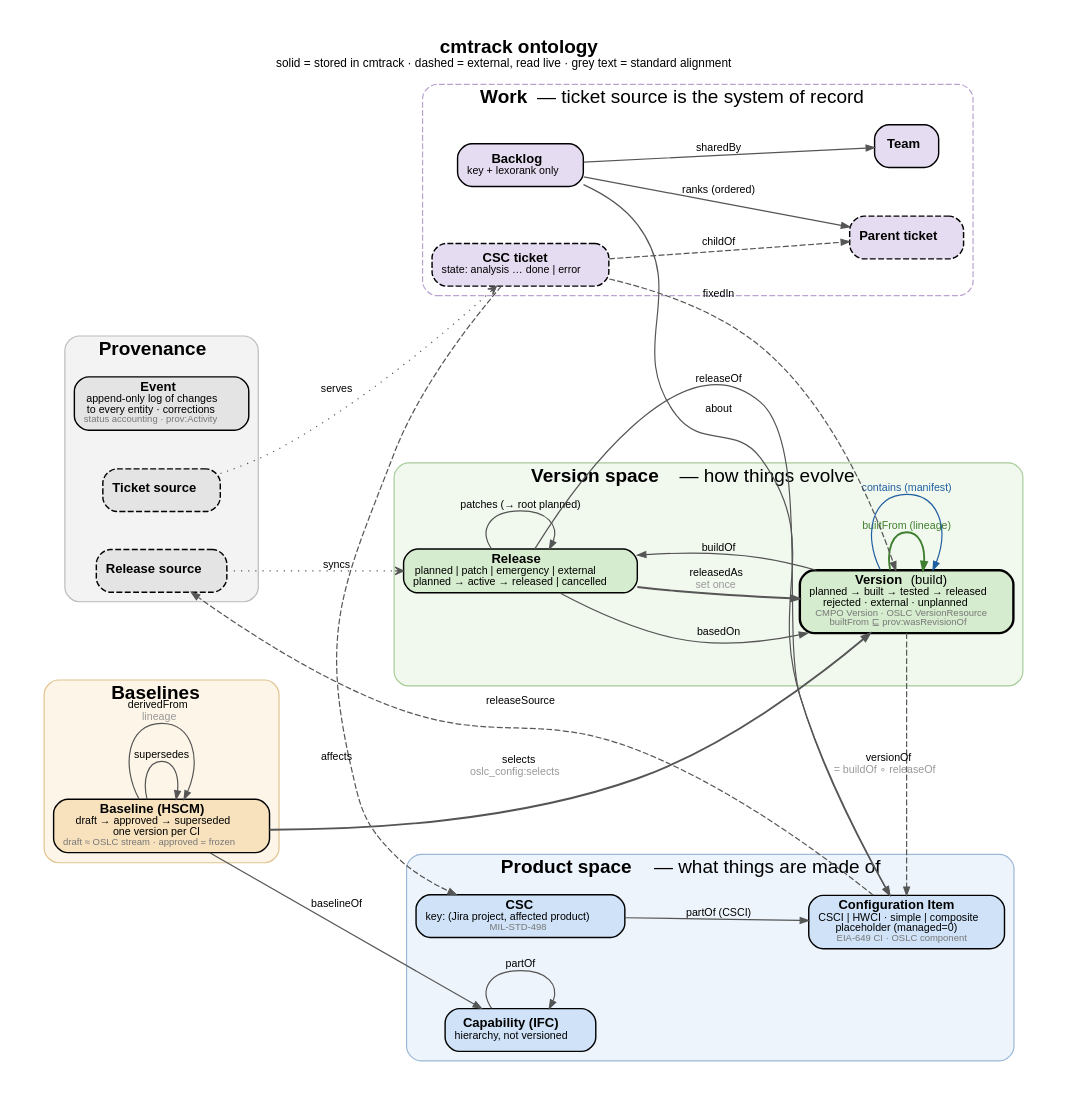
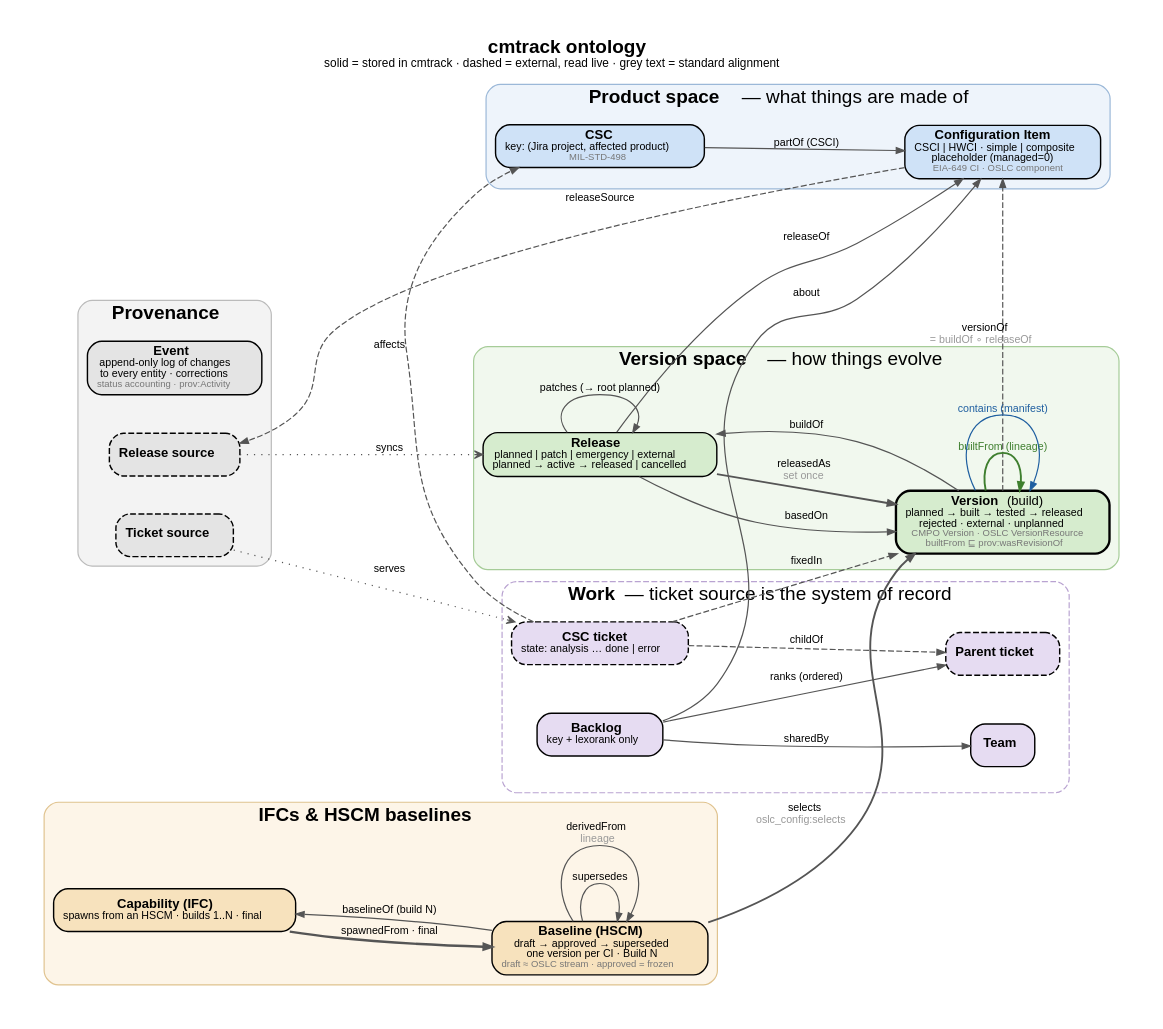
The diagram in docs/ontology.dot (fillet54/Cmstatus), drawn with Graphviz before and after one commit. The commit also changed 23 other files, not shown here.

First line of the commit message:
IFCs spawn from HSCMs; each IFC has a straight sequence of HSCM builds

```diff
--- a/docs/ontology.dot
+++ b/docs/ontology.dot
@@ -1,74 +1,74 @@
 // cmtrack ontology diagram. Render: dot -Tsvg docs/ontology.dot -o docs/ontology.svg (and -Tpng -Gdpi=150)
 digraph cmtrack {
   graph [rankdir=LR, fontname="Helvetica", fontsize=12, nodesep=0.45, ranksep=0.9, pad=0.3,
          label=<<b>cmtrack ontology</b><br/><font point-size="10">solid = stored in cmtrack · dashed = external, read live · grey text = standard alignment</font>>,
          labelloc=t, fontsize=16];
   node  [shape=box, style="rounded,filled", fontname="Helvetica", fontsize=11, penwidth=1.2];
   edge  [fontname="Helvetica", fontsize=9, color="#555555", arrowsize=0.7];
 
   subgraph cluster_product {
     label=<<b>Product space</b> — what things are made of>; style="rounded,filled"; fillcolor="#eef4fb"; color="#9bb8d8";
     CI  [label=<<b>Configuration Item</b><br/><font point-size="9">CSCI | HWCI · simple | composite<br/>placeholder (managed=0)</font><br/><font point-size="8" color="#777777">EIA-649 CI · OSLC component</font>>, fillcolor="#cfe2f7"];
     CSC [label=<<b>CSC</b><br/><font point-size="9">key: (Jira project, affected product)</font><br/><font point-size="8" color="#777777">MIL-STD-498</font>>, fillcolor="#cfe2f7"];
-    Cap [label=<<b>Capability (IFC)</b><br/><font point-size="9">hierarchy, not versioned</font>>, fillcolor="#cfe2f7"];
   }
 
   subgraph cluster_version {
     label=<<b>Version space</b> — how things evolve>; style="rounded,filled"; fillcolor="#f1f8ee"; color="#a6cc98";
     Rel [label=<<b>Release</b><br/><font point-size="9">planned | patch | emergency | external<br/>planned → active → released | cancelled</font>>, fillcolor="#d6ecce"];
     Ver [label=<<b>Version</b> (build)<br/><font point-size="9">planned → built → tested → released<br/>rejected · external · unplanned</font><br/><font point-size="8" color="#777777">CMPO Version · OSLC VersionResource<br/>builtFrom ⊑ prov:wasRevisionOf</font>>, fillcolor="#d6ecce", penwidth=2];
   }
 
   subgraph cluster_baseline {
-    label=<<b>Baselines</b>>; style="rounded,filled"; fillcolor="#fdf5e8"; color="#e0c38f";
-    Base [label=<<b>Baseline (HSCM)</b><br/><font point-size="9">draft → approved → superseded<br/>one version per CI</font><br/><font point-size="8" color="#777777">draft ≈ OSLC stream · approved = frozen</font>>, fillcolor="#f7e2bd"];
+    label=<<b>IFCs &amp; HSCM baselines</b>>; style="rounded,filled"; fillcolor="#fdf5e8"; color="#e0c38f";
+    Cap [label=<<b>Capability (IFC)</b><br/><font point-size="9">spawns from an HSCM · builds 1..N · final</font>>, fillcolor="#f7e2bd"];
+    Base [label=<<b>Baseline (HSCM)</b><br/><font point-size="9">draft → approved → superseded<br/>one version per CI · Build N</font><br/><font point-size="8" color="#777777">draft ≈ OSLC stream · approved = frozen</font>>, fillcolor="#f7e2bd"];
   }
 
   subgraph cluster_work {
     label=<<b>Work</b> — ticket source is the system of record>; style="rounded,dashed"; color="#b9a3d1"; fillcolor="#f7f3fb";
     PT  [label=<<b>Parent ticket</b>>, style="rounded,filled,dashed", fillcolor="#e6dcf2"];
     CT  [label=<<b>CSC ticket</b><br/><font point-size="9">state: analysis … done | error</font>>, style="rounded,filled,dashed", fillcolor="#e6dcf2"];
     Back [label=<<b>Backlog</b><br/><font point-size="9">key + lexorank only</font>>, fillcolor="#e6dcf2"];
     Team [label=<<b>Team</b>>, fillcolor="#e6dcf2"];
   }
 
   subgraph cluster_prov {
     label=<<b>Provenance</b>>; style="rounded,filled"; fillcolor="#f3f3f3"; color="#bbbbbb";
     Ev  [label=<<b>Event</b><br/><font point-size="9">append-only log of changes<br/>to every entity · corrections</font><br/><font point-size="8" color="#777777">status accounting · prov:Activity</font>>, fillcolor="#e4e4e4"];
     RS  [label=<<b>Release source</b>>, style="rounded,filled,dashed", fillcolor="#e4e4e4"];
     TS  [label=<<b>Ticket source</b>>, style="rounded,filled,dashed", fillcolor="#e4e4e4"];
   }
 
   // product space
   CSC -> CI  [label="partOf (CSCI)"];
-  Cap -> Cap [label="partOf"];
 
   // version space
   Rel -> CI  [label="releaseOf"];
   Ver -> Rel [label="buildOf"];
   Ver -> CI  [label=<versionOf<br/><font color="#999999">= buildOf ∘ releaseOf</font>>, style=dashed, constraint=false];
   Ver -> Ver [label="builtFrom (lineage)", color="#3f7f2f", fontcolor="#3f7f2f", penwidth=1.6];
   Ver -> Ver [label="contains (manifest)", color="#1f5fa0", fontcolor="#1f5fa0"];
   Rel -> Rel [label="patches (→ root planned)"];
   Rel -> Ver [label="basedOn"];
   Rel -> Ver [label=<releasedAs<br/><font color="#999999">set once</font>>, penwidth=1.6];
 
   // baselines
-  Base -> Cap  [label="baselineOf"];
+  Base -> Cap  [label="baselineOf (build N)"];
+  Cap -> Base  [label="spawnedFrom · final", style=bold];
   Base -> Ver  [label=<selects<br/><font color="#999999">oslc_config:selects</font>>, penwidth=1.6];
   Base -> Base [label="supersedes"];
   Base -> Base [label=<derivedFrom<br/><font color="#999999">lineage</font>>];
 
   // work
   CT -> PT   [label="childOf", style=dashed];
   CT -> CSC  [label="affects", style=dashed];
   CT -> Ver  [label="fixedIn", style=dashed];
   Back -> PT [label="ranks (ordered)"];
   Back -> Team [label="sharedBy"];
   Back -> CI [label="about", constraint=false];
 
   // provenance
   CI -> RS [label="releaseSource", style=dashed];
   RS -> Rel [label="syncs", style=dotted, arrowhead=vee];
   TS -> CT  [label="serves", style=dotted, arrowhead=vee];
 }
```
